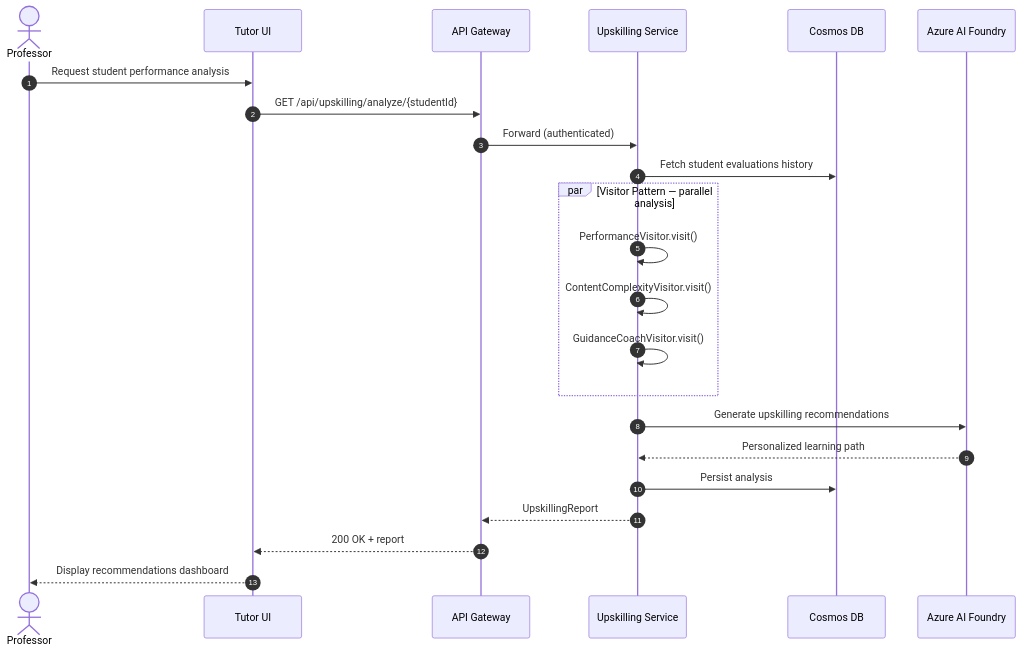
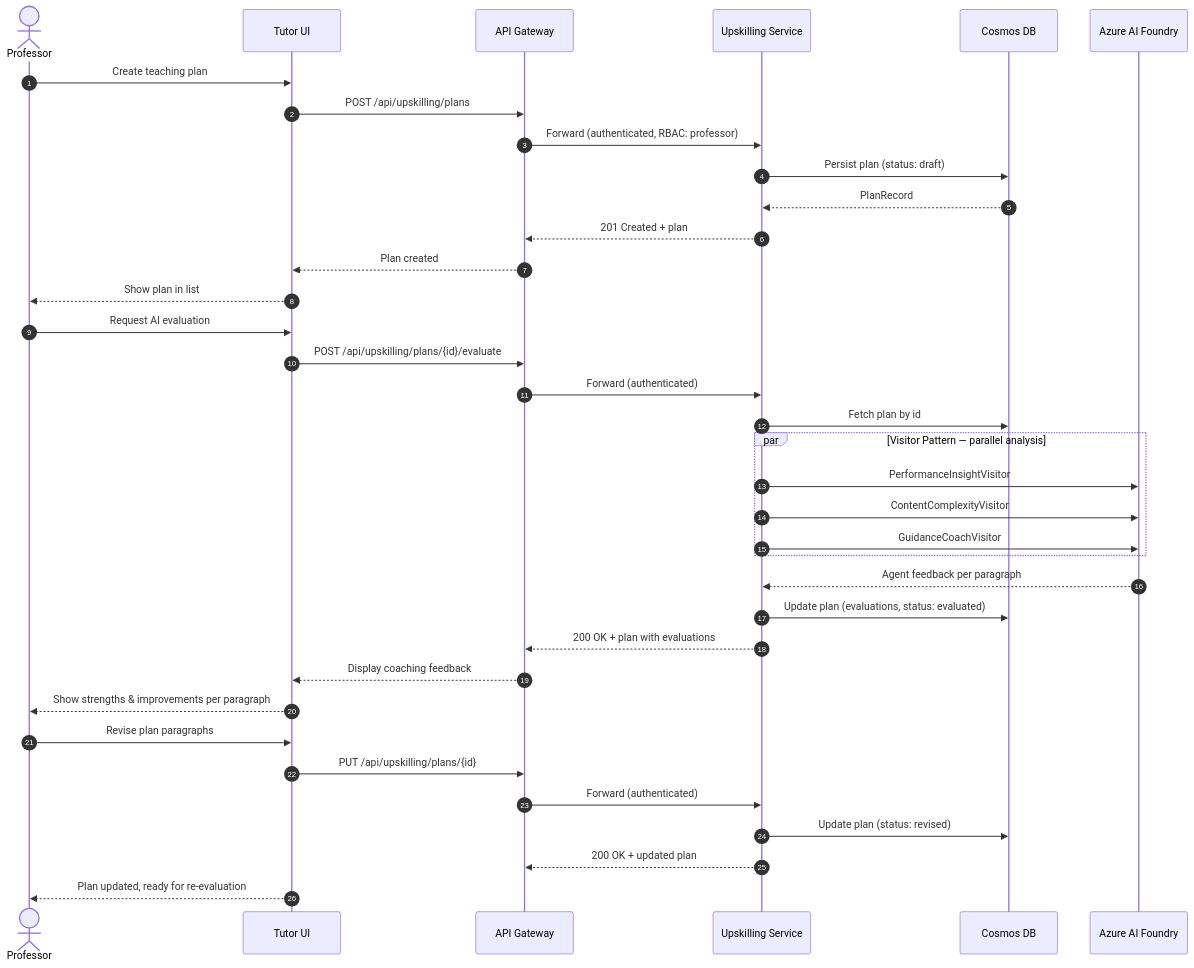
The sixth of 26 diagrams in docs/architecture.md (Azure-Samples/tutor), drawn with Mermaid before and after one commit. The commit also changed other lines of this file and 20 other files, not shown here.

First line of the commit message:
feat: essay evaluation fix, upskilling stateful CRUD, docs & infra updates

````diff
--- a/docs/architecture.md
+++ b/docs/architecture.md
@@ -258,28 +258,43 @@
 ```mermaid
 sequenceDiagram
     autonumber
     actor Professor
     participant UI as Tutor UI
     participant APIM as API Gateway
     participant Upskilling as Upskilling Service
     participant Cosmos as Cosmos DB
     participant Foundry as Azure AI Foundry
 
-    Professor->>UI: Request student performance analysis
-    UI->>APIM: GET /api/upskilling/analyze/{studentId}
+    Professor->>UI: Create teaching plan
+    UI->>APIM: POST /api/upskilling/plans
+    APIM->>Upskilling: Forward (authenticated, RBAC: professor)
+    Upskilling->>Cosmos: Persist plan (status: draft)
+    Cosmos-->>Upskilling: PlanRecord
+    Upskilling-->>APIM: 201 Created + plan
+    APIM-->>UI: Plan created
+    UI-->>Professor: Show plan in list
+
+    Professor->>UI: Request AI evaluation
+    UI->>APIM: POST /api/upskilling/plans/{id}/evaluate
     APIM->>Upskilling: Forward (authenticated)
-    Upskilling->>Cosmos: Fetch student evaluations history
-    
+    Upskilling->>Cosmos: Fetch plan by id
+
     par Visitor Pattern — parallel analysis
-        Upskilling->>Upskilling: PerformanceVisitor.visit()
-        Upskilling->>Upskilling: ContentComplexityVisitor.visit()
-        Upskilling->>Upskilling: GuidanceCoachVisitor.visit()
+        Upskilling->>Foundry: PerformanceInsightVisitor
+        Upskilling->>Foundry: ContentComplexityVisitor
+        Upskilling->>Foundry: GuidanceCoachVisitor
     end
-    
-    Upskilling->>Foundry: Generate upskilling recommendations
-    Foundry-->>Upskilling: Personalized learning path
-    Upskilling->>Cosmos: Persist analysis
-    Upskilling-->>APIM: UpskillingReport
-    APIM-->>UI: 200 OK + report
-    UI-->>Professor: Display recommendations dashboard
+
+    Foundry-->>Upskilling: Agent feedback per paragraph
+    Upskilling->>Cosmos: Update plan (evaluations, status: evaluated)
+    Upskilling-->>APIM: 200 OK + plan with evaluations
+    APIM-->>UI: Display coaching feedback
+    UI-->>Professor: Show strengths & improvements per paragraph
+
+    Professor->>UI: Revise plan paragraphs
+    UI->>APIM: PUT /api/upskilling/plans/{id}
+    APIM->>Upskilling: Forward (authenticated)
+    Upskilling->>Cosmos: Update plan (status: revised)
+    Upskilling-->>APIM: 200 OK + updated plan
+    UI-->>Professor: Plan updated, ready for re-evaluation
 ```
````
